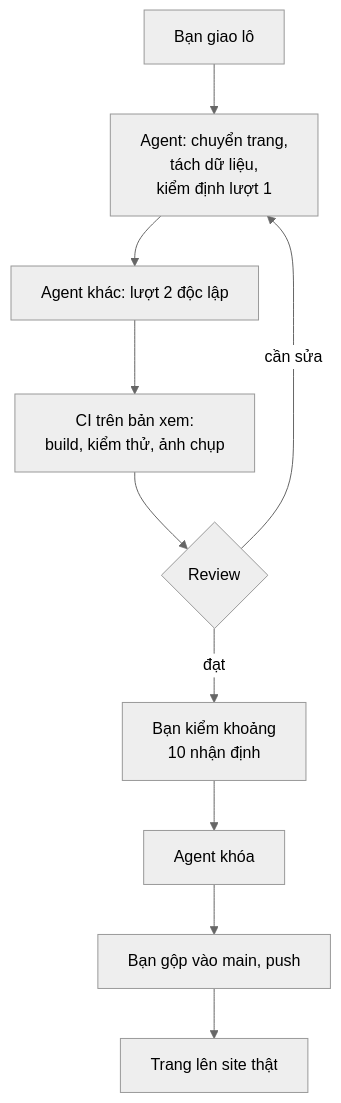
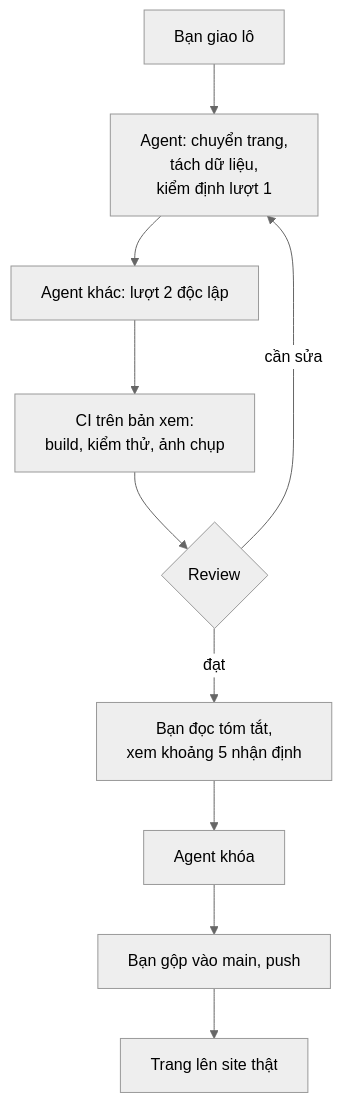
One commit to mtuann/opus changed the second of 6 diagrams in plans/lam-lai/so-do.md. Above: the diagram before and after it, drawn with Mermaid (neutral theme). The commit also changed other lines of this file and 8 other files, not shown here.

Commit message:
Quyết định trước đợt 2, sửa theo review: số trang ở so-do.md, quy tắc xếp tầng, công cụ khóa lấy tầng từ trang.yml, mẫu Đọc thêm sai thì kiểm cả trang; thuật ngữ khóa dần, push nhánh lô, bỏ tạm link GitHub (chủ repo chọn)

````diff
--- a/plans/lam-lai/so-do.md
+++ b/plans/lam-lai/so-do.md
@@ -28,12 +28,12 @@
 ```mermaid
 flowchart TB
   A["Bạn giao lô"] --> B["Agent: chuyển trang,<br/>tách dữ liệu,<br/>kiểm định lượt 1"]
   B --> C["Agent khác: lượt 2 độc lập"]
   C --> D["CI trên bản xem:<br/>build, kiểm thử, ảnh chụp"]
   D --> E{"Review"}
   E -->|cần sửa| B
-  E -->|đạt| F["Bạn kiểm khoảng<br/>10 nhận định"]
+  E -->|đạt| F["Bạn đọc tóm tắt,<br/>xem khoảng 5 nhận định"]
   F --> G["Agent khóa"]
   G --> H["Bạn gộp vào main, push"]
   H --> I["Trang lên site thật"]
 ```
````
